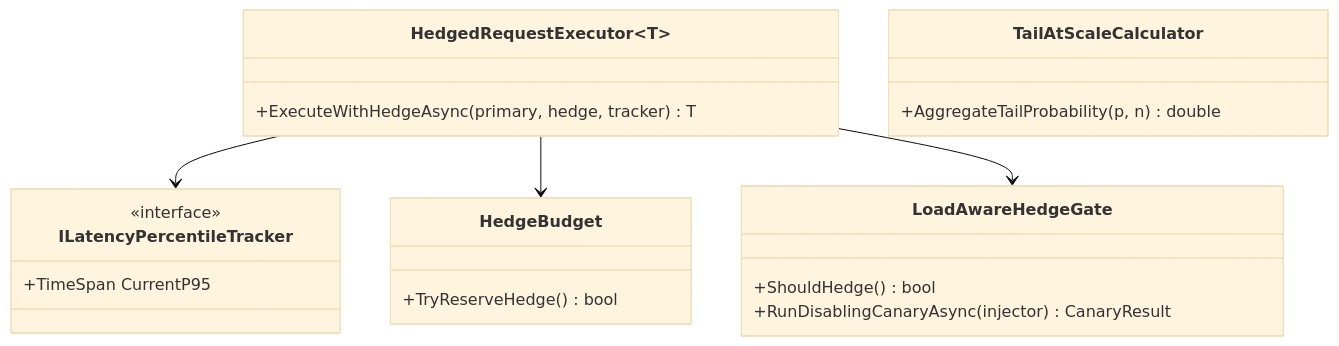
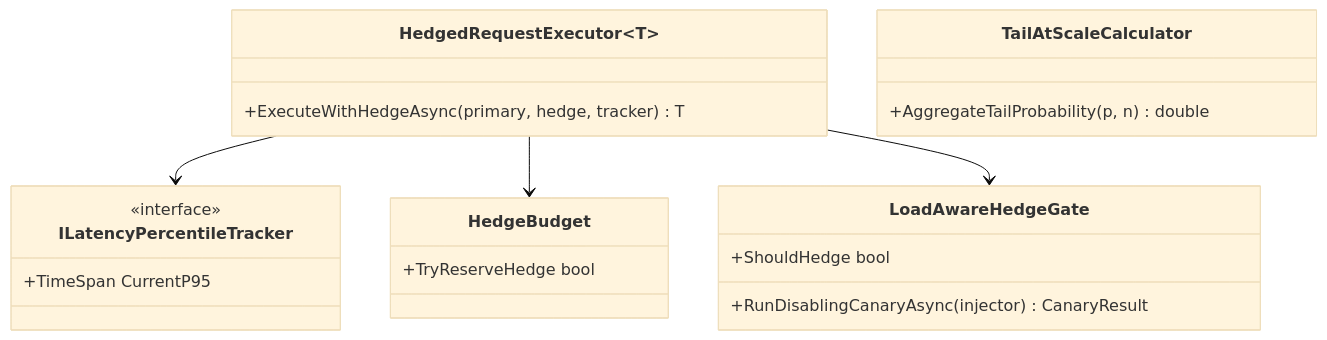
The fourth of 4 diagrams in 16-Distributed-Systems/06-TailLatency-HedgedRequests-TailAtScale.md (umashankarp/InterviewQuestions), drawn with Mermaid (base theme) before and after one commit. The commit also changed other lines of this file and 173 other files, not shown here.

````diff
--- a/16-Distributed-Systems/06-TailLatency-HedgedRequests-TailAtScale.md
+++ b/16-Distributed-Systems/06-TailLatency-HedgedRequests-TailAtScale.md
@@ -588,24 +588,24 @@
 ```mermaid
 classDiagram
-    class ILatencyPercentileTracker {
-        <<interface>>
-        +TimeSpan CurrentP95
-    }
-    class HedgeBudget {
-        +TryReserveHedge() bool
-    }
-    class LoadAwareHedgeGate {
-        +ShouldHedge() bool
-        +RunDisablingCanaryAsync(injector) CanaryResult
-    }
-    class HedgedRequestExecutor~T~ {
-        +ExecuteWithHedgeAsync(primary, hedge, tracker) T
-    }
-    class TailAtScaleCalculator {
-        +AggregateTailProbability(p, n) double
-    }
+ class ILatencyPercentileTracker {
+ <<interface>>
+ +TimeSpan CurrentP95
+ }
+ class HedgeBudget {
+ +TryReserveHedge bool
+ }
+ class LoadAwareHedgeGate {
+ +ShouldHedge bool
+ +RunDisablingCanaryAsync(injector) CanaryResult
+ }
+ class HedgedRequestExecutor~T~ {
+ +ExecuteWithHedgeAsync(primary, hedge, tracker) T
+ }
+ class TailAtScaleCalculator {
+ +AggregateTailProbability(p, n) double
+ }
 
-    HedgedRequestExecutor~T~ --> ILatencyPercentileTracker
-    HedgedRequestExecutor~T~ --> HedgeBudget
-    HedgedRequestExecutor~T~ --> LoadAwareHedgeGate
+ HedgedRequestExecutor~T~ --> ILatencyPercentileTracker
+ HedgedRequestExecutor~T~ --> HedgeBudget
+ HedgedRequestExecutor~T~ --> LoadAwareHedgeGate
 ```
````
